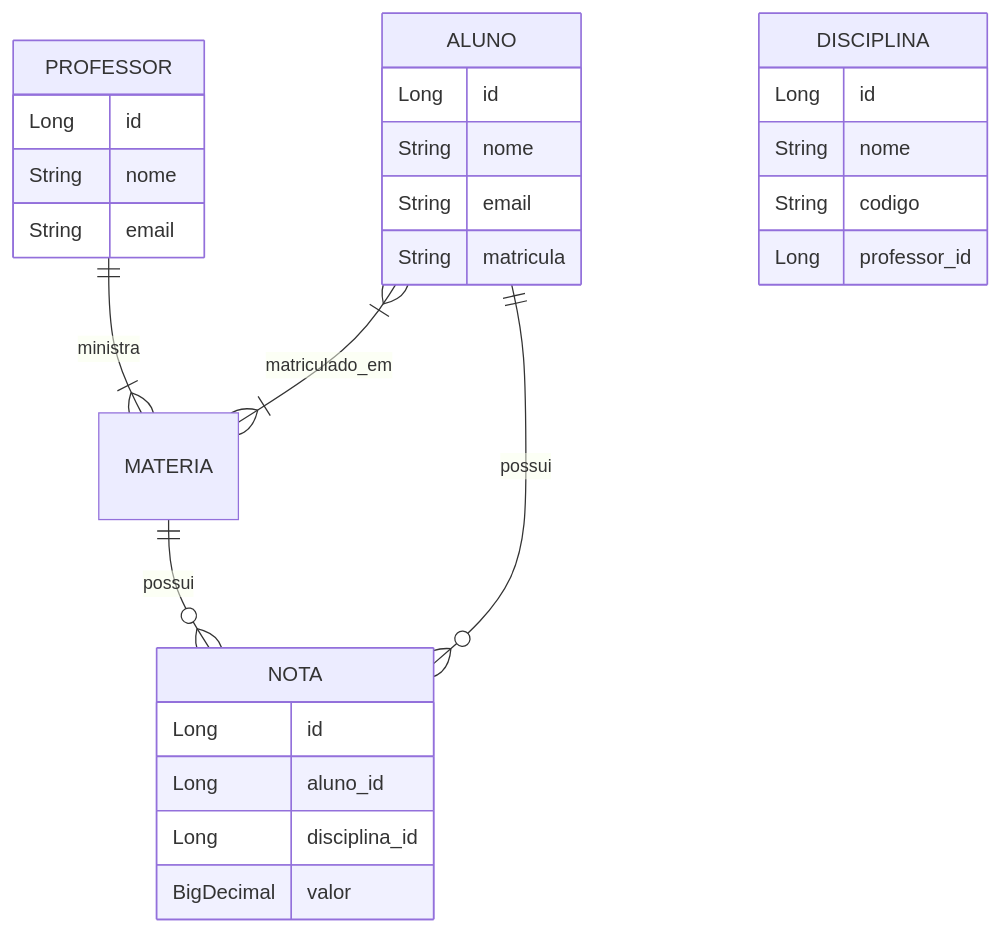
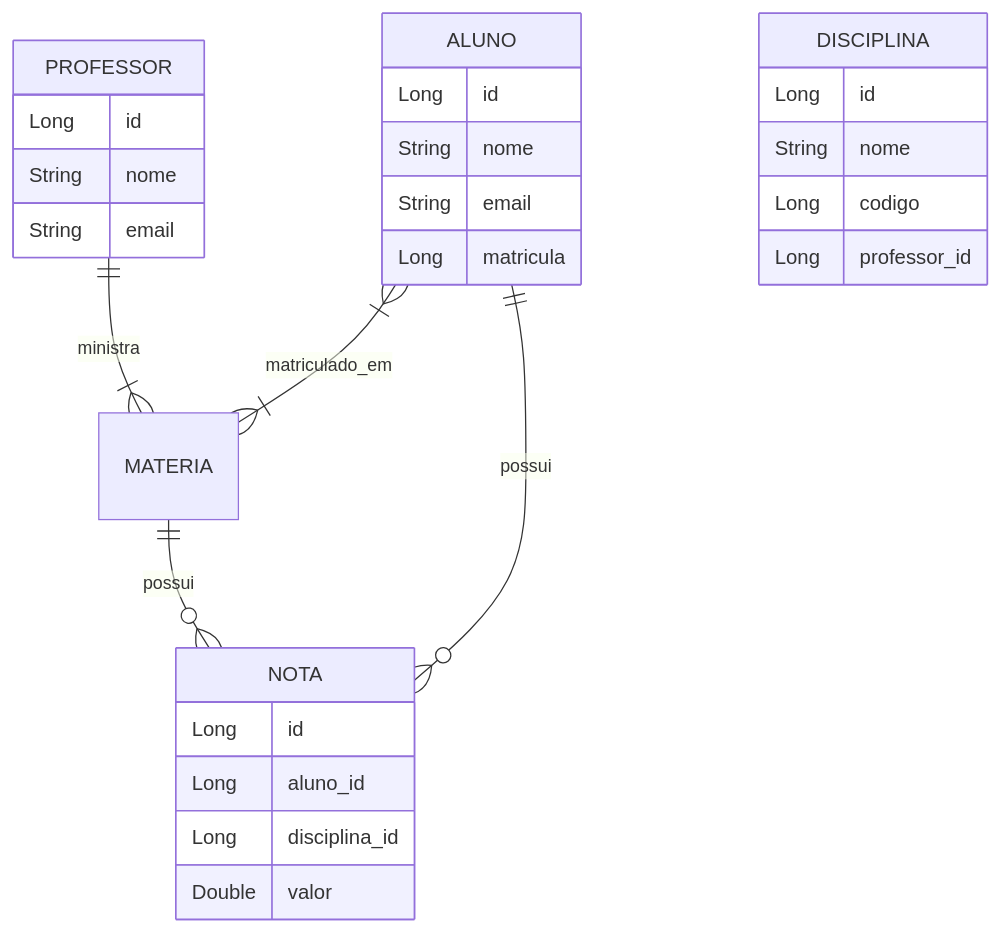
One commit to MrVictor42/entrevista-Flaviana changed the diagram in README.md. Above: the diagram before and after it, drawn with Mermaid. The commit also changed other lines of this file and 7 other files, not shown here.

````diff
--- a/README.md
+++ b/README.md
@@ -149,35 +149,35 @@
 ```mermaid
 erDiagram
 
     PROFESSOR ||--|{ MATERIA : ministra
     ALUNO }|--|{ MATERIA : matriculado_em
     ALUNO ||--o{ NOTA : possui
     MATERIA ||--o{ NOTA : possui
 
     PROFESSOR {
         Long id
         String nome
         String email
     }
 
     ALUNO {
         Long id
         String nome
         String email
-        String matricula
+        Long matricula
     }
 
     DISCIPLINA {
         Long id
         String nome
-        String codigo
+        Long codigo
         Long professor_id
     }
 
     NOTA {
         Long id
         Long aluno_id
         Long disciplina_id
-        BigDecimal valor
+        Double valor
     }
 ```
````
